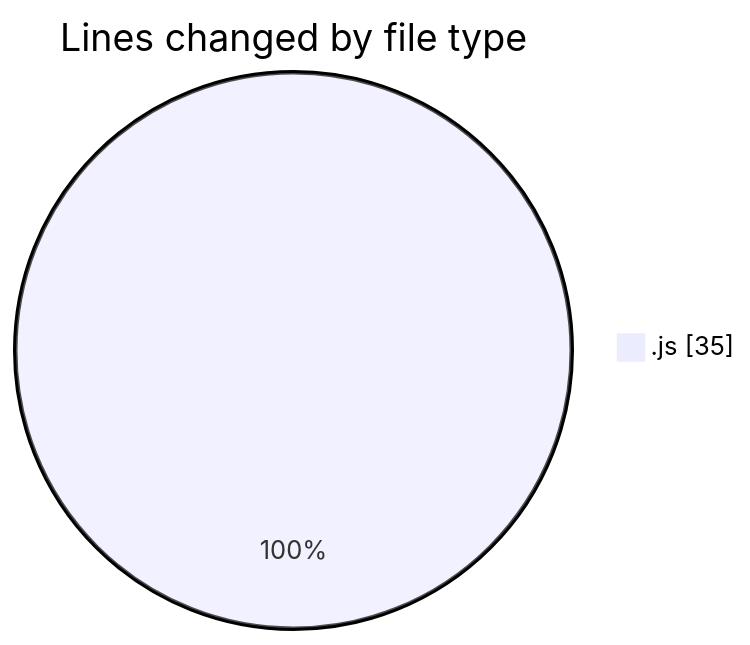
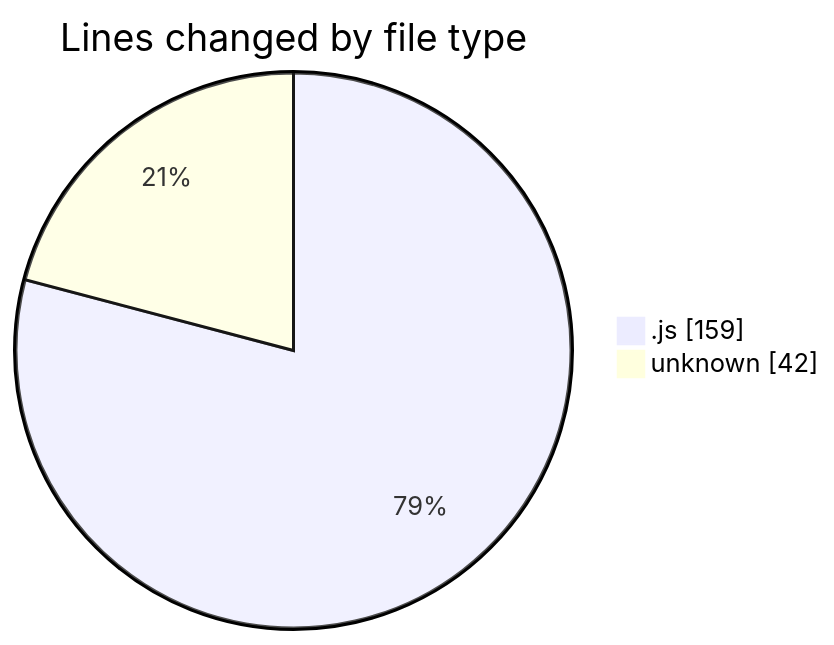
One commit to nxtqubesakshisongat/code-tracking changed the first of 2 diagrams in 2026-11-15/nashik-misal-queue/README.md. Above: the diagram before and after it, drawn with Mermaid. The commit also changed other lines of this file and 1 other file, not shown here.

````diff
--- a/2026-11-15/nashik-misal-queue/README.md
+++ b/2026-11-15/nashik-misal-queue/README.md
@@ -20,5 +22,6 @@
 ```mermaid
 pie showData
 title Lines changed by file type
-".js" : 35
+".js" : 159
+"unknown" : 42
 ```
````
